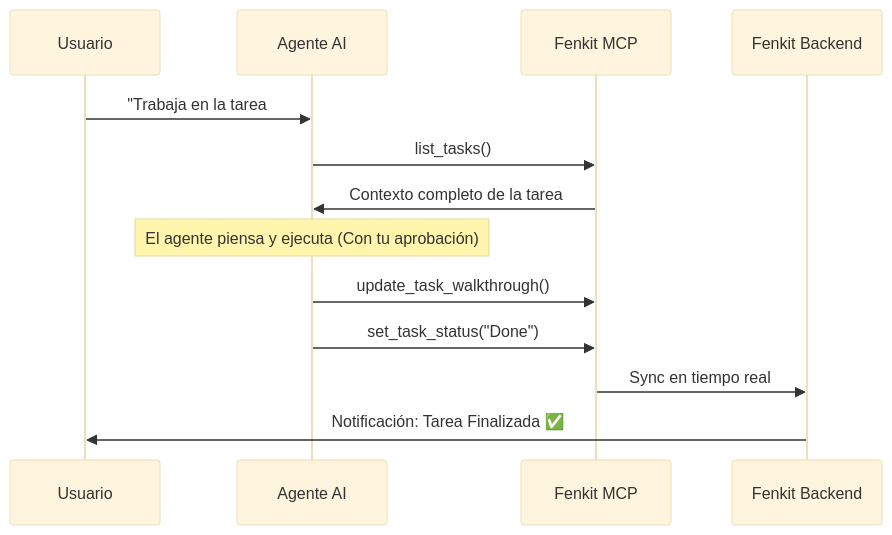
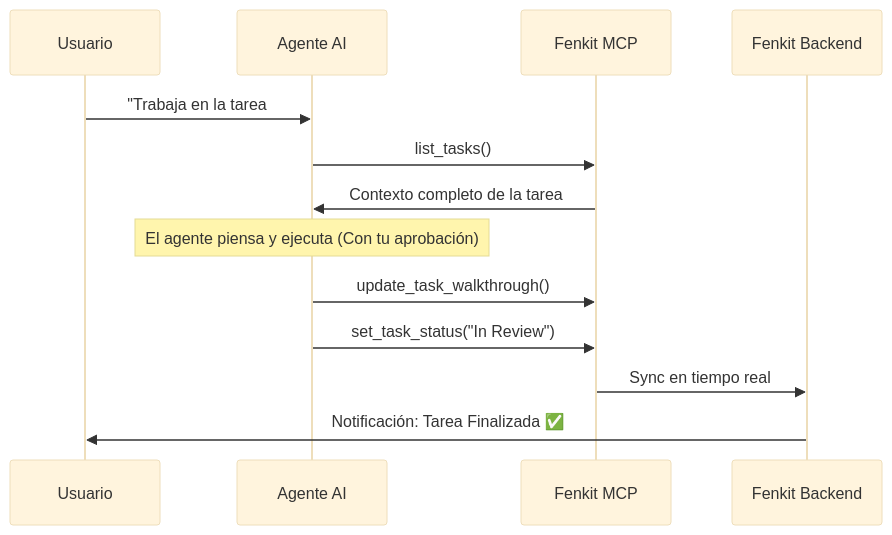
One commit to DiegoEDG/fenkit-mcp changed the diagram in README.md. Above: the diagram before and after it, drawn with Mermaid (base theme). The commit also changed 6 other files, not shown here.

Commit message:
fix: in review status

````diff
--- a/README.md
+++ b/README.md
@@ -18,16 +18,16 @@
 ```mermaid
 sequenceDiagram
     participant U as Usuario
     participant A as Agente AI
     participant M as Fenkit MCP
     participant B as Fenkit Backend
 
     U->>A: "Trabaja en la tarea #42"
     A->>M: list_tasks()
     M->>A: Contexto completo de la tarea
     Note over A: El agente piensa y ejecuta (Con tu aprobación)
     A->>M: update_task_walkthrough()
-    A->>M: set_task_status("Done")
+    A->>M: set_task_status("In Review")
     M->>B: Sync en tiempo real
     B->>U: Notificación: Tarea Finalizada ✅
 ```
````
